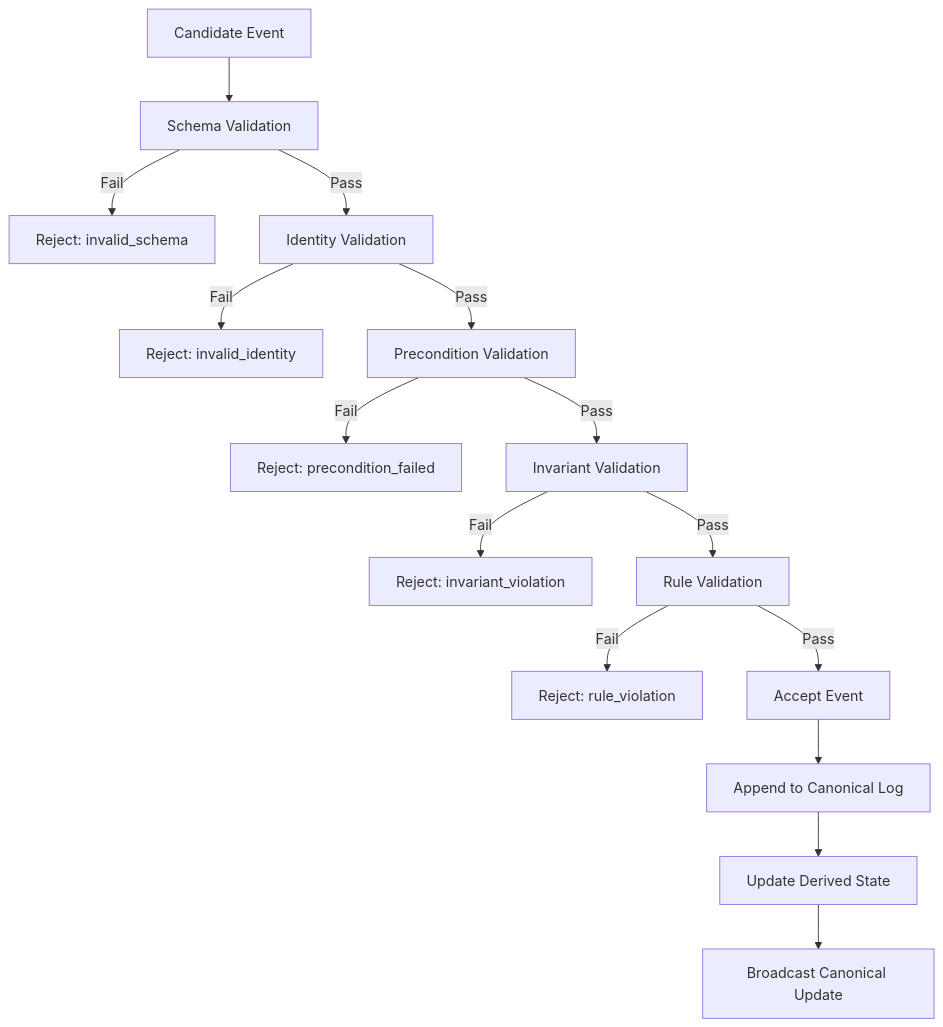
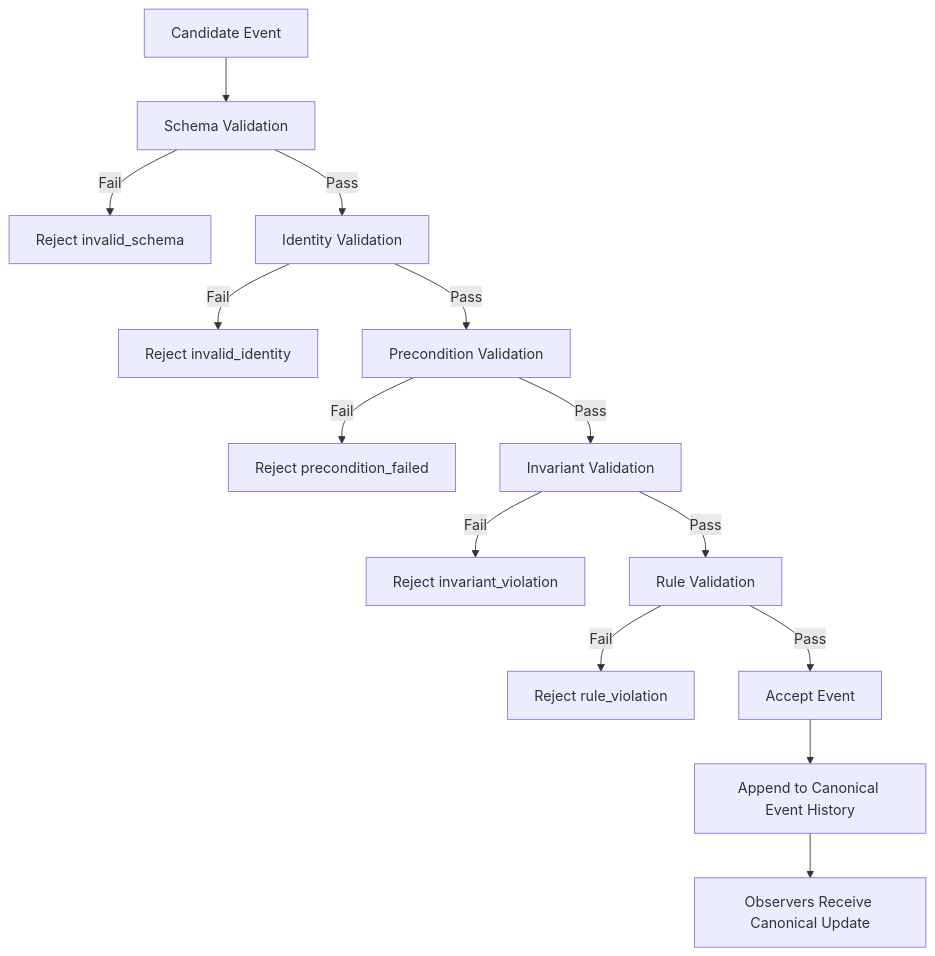
One commit to godofthunder101/crypsa-architecture changed the diagram in diagrams/CrypSA_Validation_Pipeline.md. Above: the diagram before and after it, drawn with Mermaid. The commit also changed other lines of this file, not shown here.

`````diff
--- a/diagrams/CrypSA_Validation_Pipeline.md
+++ b/diagrams/CrypSA_Validation_Pipeline.md
@@ -12,25 +16,23 @@
 ```mermaid
 flowchart TD
 
 A[Candidate Event] --> B[Schema Validation]
 
-B -->|Fail| R1[Reject: invalid_schema]
+B -->|Fail| R1[Reject invalid_schema]
 B -->|Pass| C[Identity Validation]
 
-C -->|Fail| R2[Reject: invalid_identity]
+C -->|Fail| R2[Reject invalid_identity]
 C -->|Pass| D[Precondition Validation]
 
-D -->|Fail| R3[Reject: precondition_failed]
+D -->|Fail| R3[Reject precondition_failed]
 D -->|Pass| E[Invariant Validation]
 
-E -->|Fail| R4[Reject: invariant_violation]
+E -->|Fail| R4[Reject invariant_violation]
 E -->|Pass| F[Rule Validation]
 
-F -->|Fail| R5[Reject: rule_violation]
+F -->|Fail| R5[Reject rule_violation]
 F -->|Pass| G[Accept Event]
 
-G --> H[Append to Canonical Log]
-H --> I[Update Derived State]
-I --> J[Broadcast Canonical Update]
-
-````
+G --> H[Append to Canonical Event History]
+H --> I[Observers Receive Canonical Update]
+```
`````
